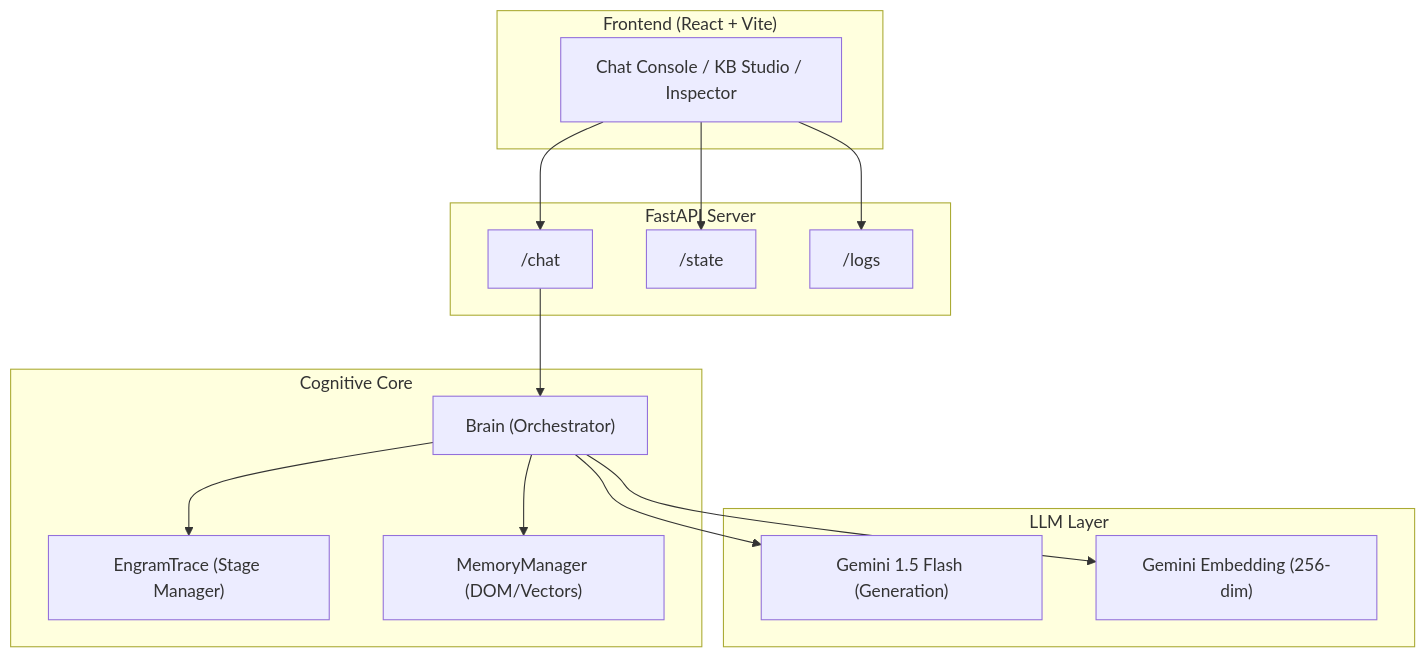
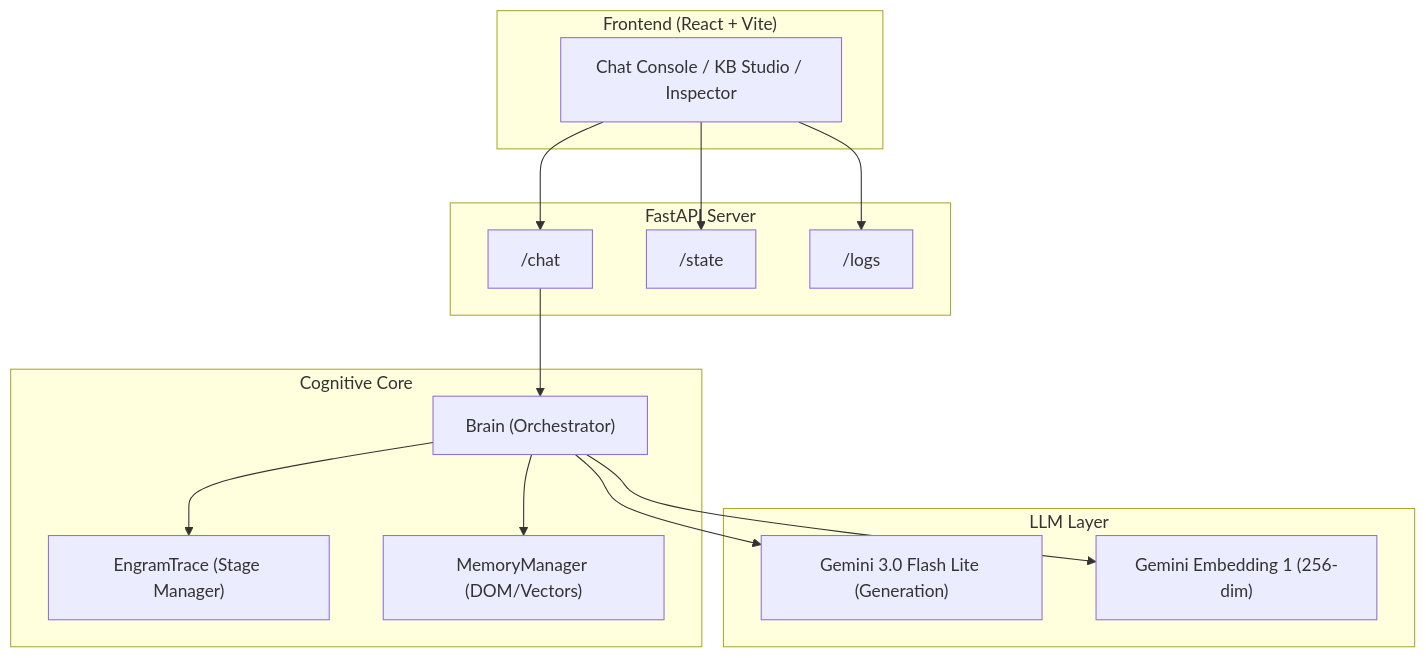
The diagram in README.md (iamtaehyunpark/EngramTrace), drawn with Mermaid before and after one commit. The commit also changed other lines of this file and 1 other file, not shown here.

Commit message:
propmpt enhanced

````diff
--- a/README.md
+++ b/README.md
@@ -15,28 +15,28 @@
 ```mermaid
 graph TB
     subgraph Frontend["Frontend (React + Vite)"]
         UI["Chat Console / KB Studio / Inspector"]
     end
     
     subgraph API["FastAPI Server"]
         CHAT["/chat"]
         STATE["/state"]
         LOGS["/logs"]
     end
     
     subgraph Core["Cognitive Core"]
         BRAIN["Brain (Orchestrator)"]
         ET["EngramTrace (Stage Manager)"]
         MM["MemoryManager (DOM/Vectors)"]
     end
     
     subgraph LLM["LLM Layer"]
-        GEMINI["Gemini 1.5 Flash (Generation)"]
-        EMB["Gemini Embedding (256-dim)"]
+        GEMINI["Gemini 3.0 Flash Lite (Generation)"]
+        EMB["Gemini Embedding 1 (256-dim)"]
     end
     
     UI --> CHAT & STATE & LOGS
     CHAT --> BRAIN
     BRAIN --> ET & MM
     BRAIN --> GEMINI & EMB
 ```
````
